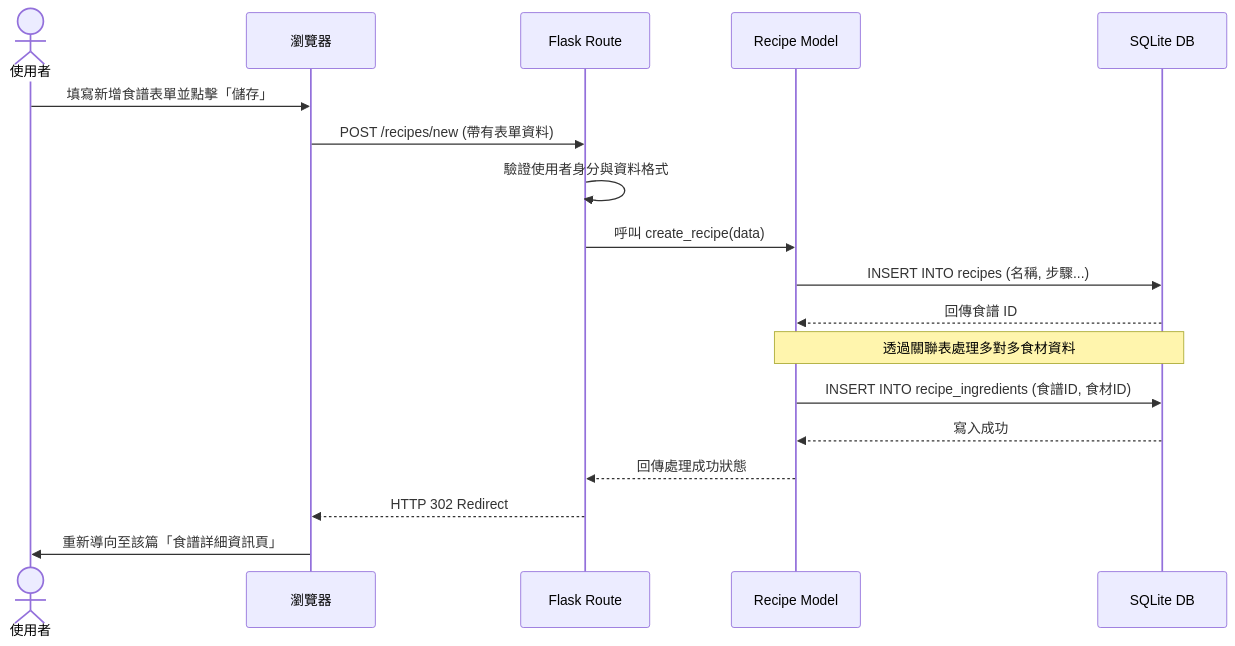
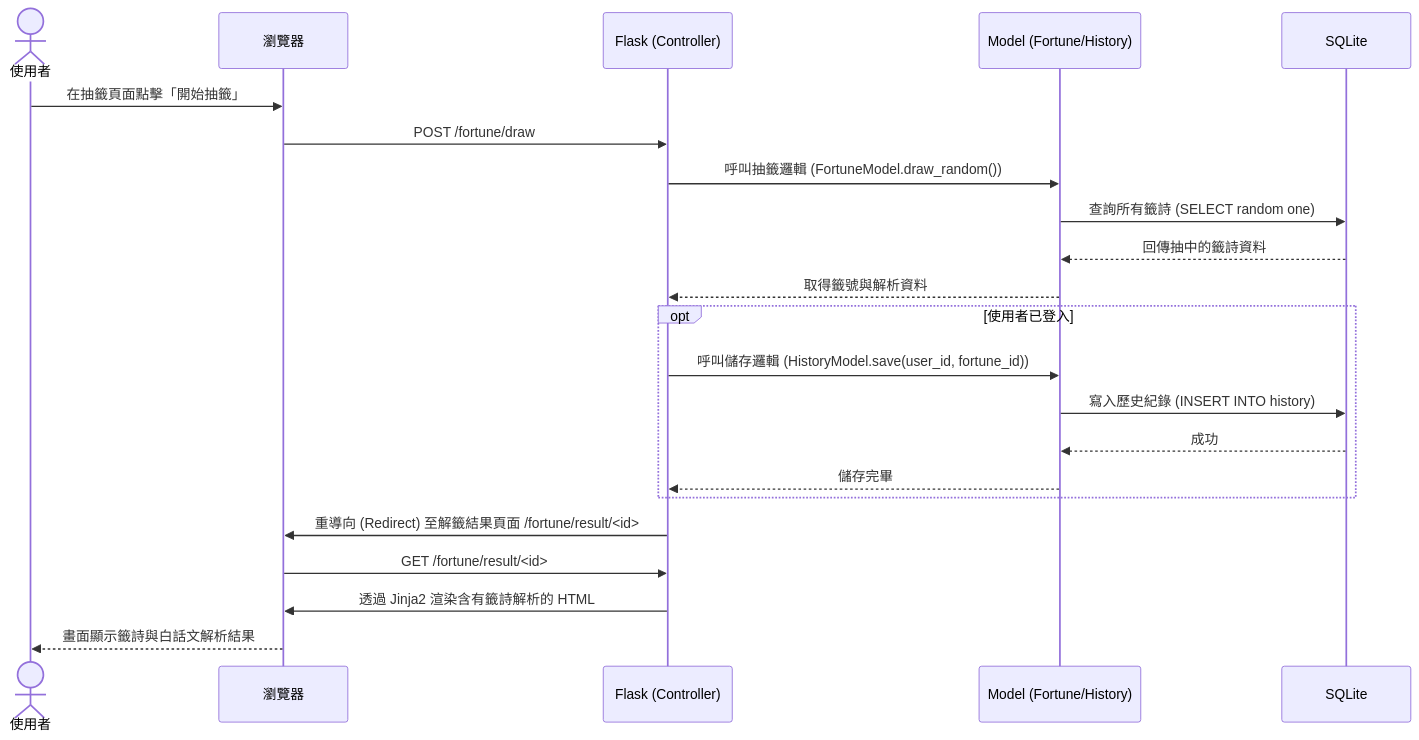
The second of 2 diagrams in docs/FLOWCHART.md (allen44726238-star/web_app_development), drawn with Mermaid before and after one commit. The commit also changed other lines of this file, not shown here.

Commit message:
docs: add user flowchart

````diff
--- a/docs/FLOWCHART.md
+++ b/docs/FLOWCHART.md
@@ -45,23 +43,28 @@
 ```mermaid
 sequenceDiagram
     actor User as 使用者
     participant Browser as 瀏覽器
-    participant Route as Flask Route
-    participant Model as Recipe Model
-    participant DB as SQLite DB
+    participant Flask as Flask (Controller)
+    participant Model as Model (Fortune/History)
+    participant DB as SQLite
     
-    User->>Browser: 填寫新增食譜表單並點擊「儲存」
-    Browser->>Route: POST /recipes/new (帶有表單資料)
-    Route->>Route: 驗證使用者身分與資料格式
-    Route->>Model: 呼叫 create_recipe(data)
+    User->>Browser: 在抽籤頁面點擊「開始抽籤」
+    Browser->>Flask: POST /fortune/draw
     
-    Model->>DB: INSERT INTO recipes (名稱, 步驟...)
-    DB-->>Model: 回傳食譜 ID
-    Note over Model, DB: 透過關聯表處理多對多食材資料
-    Model->>DB: INSERT INTO recipe_ingredients (食譜ID, 食材ID)
-    DB-->>Model: 寫入成功
-    Model-->>Route: 回傳處理成功狀態
+    Flask->>Model: 呼叫抽籤邏輯 (FortuneModel.draw_random())
+    Model->>DB: 查詢所有籤詩 (SELECT random one)
+    DB-->>Model: 回傳抽中的籤詩資料
+    Model-->>Flask: 取得籤號與解析資料
     
-    Route-->>Browser: HTTP 302 Redirect 
-    Browser->>User: 重新導向至該篇「食譜詳細資訊頁」
+    opt 使用者已登入
+        Flask->>Model: 呼叫儲存邏輯 (HistoryModel.save(user_id, fortune_id))
+        Model->>DB: 寫入歷史紀錄 (INSERT INTO history)
+        DB-->>Model: 成功
+        Model-->>Flask: 儲存完畢
+    end
+    
+    Flask->>Browser: 重導向 (Redirect) 至解籤結果頁面 /fortune/result/<id>
+    Browser->>Flask: GET /fortune/result/<id>
+    Flask->>Browser: 透過 Jinja2 渲染含有籤詩解析的 HTML
+    Browser-->>User: 畫面顯示籤詩與白話文解析結果
 ```
````
